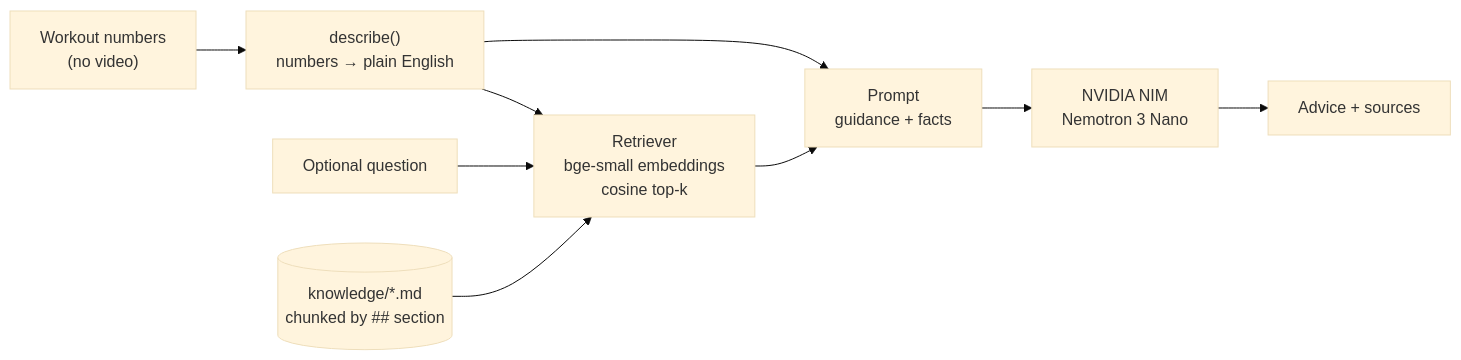
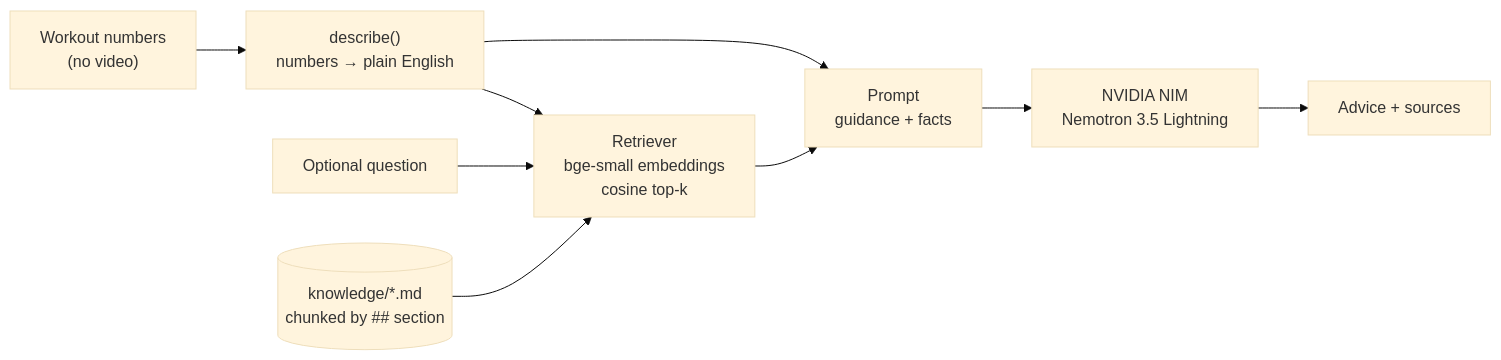
The diagram in coach/README.md (Delight-bot/BigSquatter), drawn with Mermaid (base theme) before and after one commit. The commit also changed other lines of this file and 4 other files, not shown here.

First line of the commit message:
Run the coach live on Nemotron 3.5 Lightning

````diff
--- a/coach/README.md
+++ b/coach/README.md
@@ -15,11 +25,11 @@
 ```mermaid
 flowchart LR
   W["Workout numbers<br/>(no video)"] --> D["describe()<br/>numbers → plain English"]
   D --> R["Retriever<br/>bge-small embeddings<br/>cosine top-k"]
   Q["Optional question"] --> R
   K[("knowledge/*.md<br/>chunked by ## section")] --> R
   R --> P["Prompt<br/>guidance + facts"]
   D --> P
-  P --> N["NVIDIA NIM<br/>Nemotron 3 Nano"]
+  P --> N["NVIDIA NIM<br/>Nemotron 3.5 Lightning"]
   N --> A["Advice + sources"]
 ```
````
